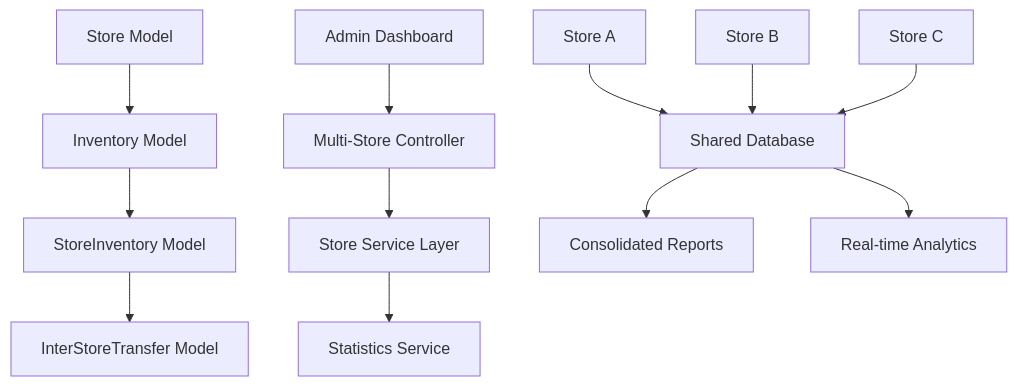
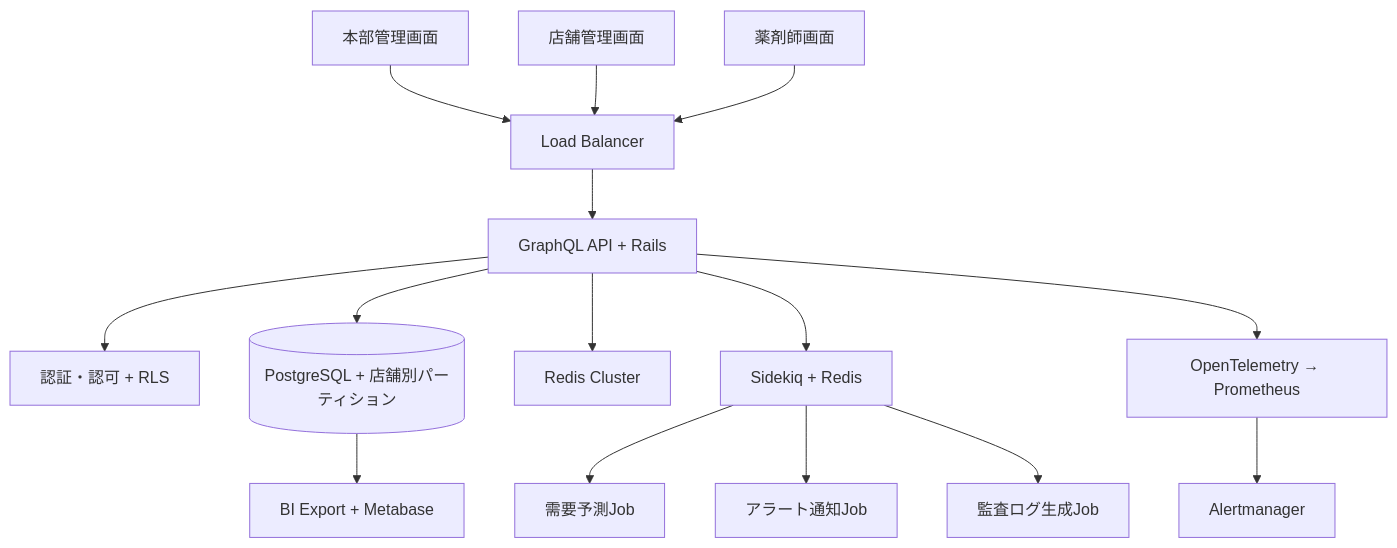
The first of 2 diagrams in docs/design/multi_store_management_design.md (kota-suzu/StockRx), drawn with Mermaid before and after one commit. The commit also changed other lines of this file and 54 other files, not shown here.

First line of the commit message:
🏪 Phase 1: Multi-Store Management Foundation Complete

````diff
--- a/docs/design/multi_store_management_design.md
+++ b/docs/design/multi_store_management_design.md
@@ -115,17 +129,17 @@
 ```mermaid
 graph TD
-    A[Store Model] --> B[Inventory Model]
-    B --> C[StoreInventory Model]
-    C --> D[InterStoreTransfer Model]
-    
-    E[Admin Dashboard] --> F[Multi-Store Controller]
-    F --> G[Store Service Layer]
-    G --> H[Statistics Service]
-    
-    I[Store A] --> J[Shared Database]
-    K[Store B] --> J
-    L[Store C] --> J
-    
-    J --> M[Consolidated Reports]
-    J --> N[Real-time Analytics]
+    UA[本部管理画面] --> LB[Load Balancer]
+    UB[店舗管理画面] --> LB
+    UC[薬剤師画面] --> LB
+    LB --> API[GraphQL API + Rails]
+    API --> AUTH[認証・認可 + RLS]
+    API --> DB[(PostgreSQL + 店舗別パーティション)]
+    API --> CACHE[Redis Cluster]
+    API --> QUEUE[Sidekiq + Redis]
+    QUEUE --> AI[需要予測Job]
+    QUEUE --> ALERT[アラート通知Job]
+    QUEUE --> AUDIT[監査ログ生成Job]
+    DB --> BI[BI Export + Metabase]
+    API --> MONITOR[OpenTelemetry → Prometheus]
+    MONITOR --> ALERT_MGR[Alertmanager]
 ```
````
